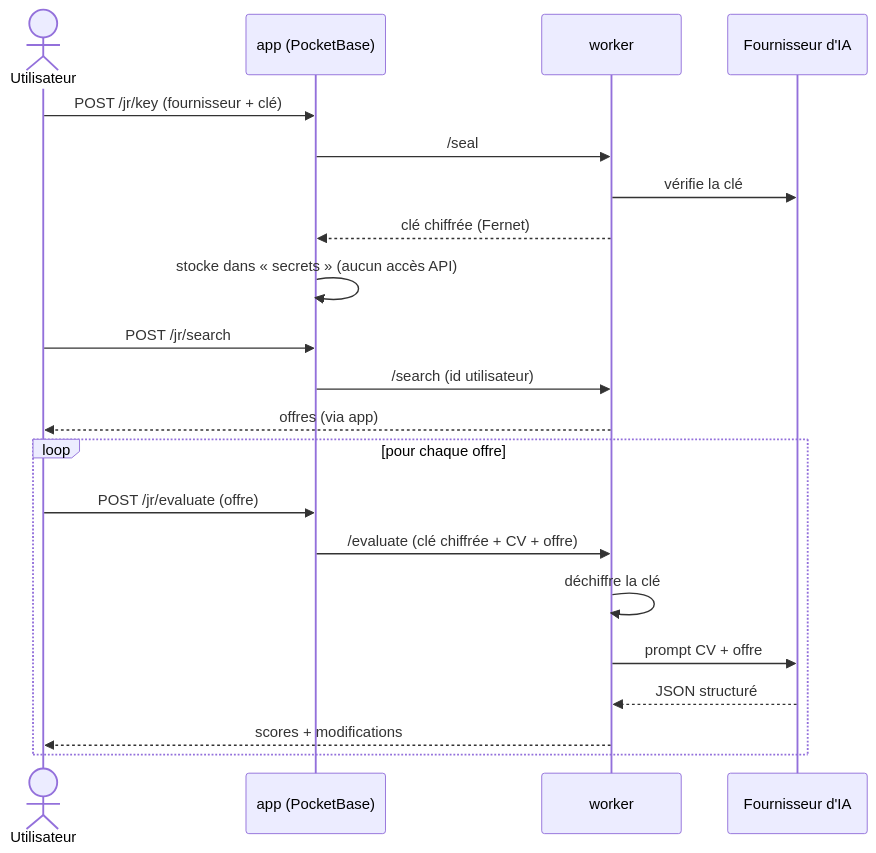
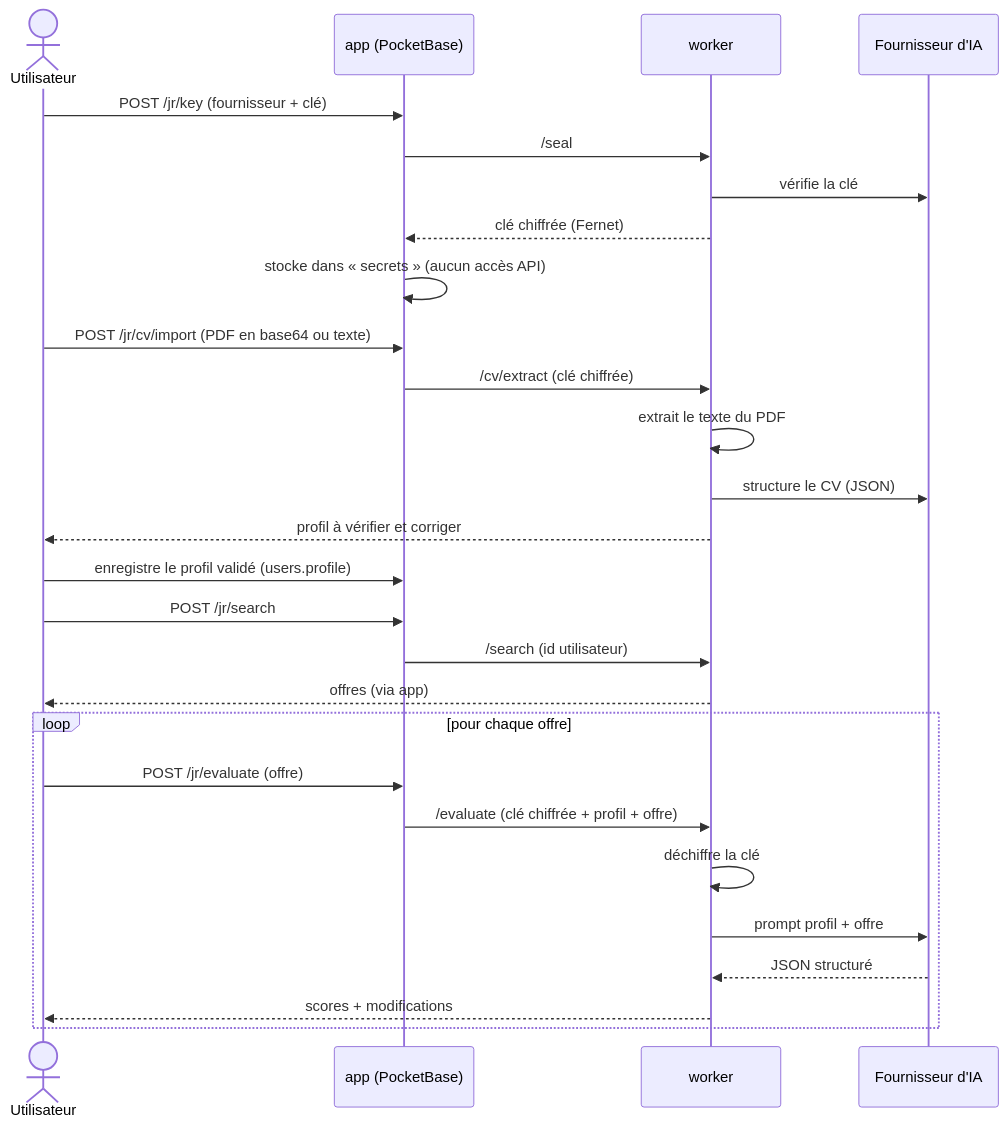
The second of 3 diagrams in README.md (LilyanLefevre/JobRadar), drawn with Mermaid before and after one commit. The commit also changed other lines of this file and 12 other files, not shown here.

Commit message:
Refonte UX: pages Recherche/Profil/Paramètres, import PDF + profil structuré vérifiable, suggestion de configuration, recherche sans IA

````diff
--- a/README.md
+++ b/README.md
@@ -51,26 +55,33 @@
 ```mermaid
 sequenceDiagram
     actor U as Utilisateur
     participant A as app (PocketBase)
     participant W as worker
     participant IA as Fournisseur d'IA
 
     U->>A: POST /jr/key (fournisseur + clé)
     A->>W: /seal
     W->>IA: vérifie la clé
     W-->>A: clé chiffrée (Fernet)
     A->>A: stocke dans « secrets » (aucun accès API)
 
+    U->>A: POST /jr/cv/import (PDF en base64 ou texte)
+    A->>W: /cv/extract (clé chiffrée)
+    W->>W: extrait le texte du PDF
+    W->>IA: structure le CV (JSON)
+    W-->>U: profil à vérifier et corriger
+    U->>A: enregistre le profil validé (users.profile)
+
     U->>A: POST /jr/search
     A->>W: /search (id utilisateur)
     W-->>U: offres (via app)
 
     loop pour chaque offre
         U->>A: POST /jr/evaluate (offre)
-        A->>W: /evaluate (clé chiffrée + CV + offre)
+        A->>W: /evaluate (clé chiffrée + profil + offre)
         W->>W: déchiffre la clé
-        W->>IA: prompt CV + offre
+        W->>IA: prompt profil + offre
         IA-->>W: JSON structuré
         W-->>U: scores + modifications
     end
 ```
````
